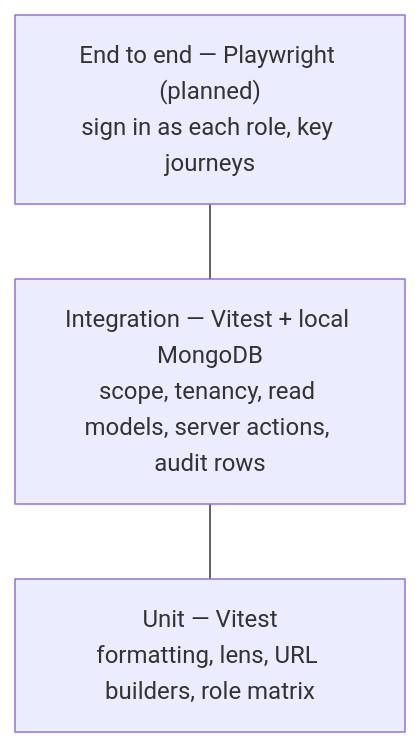
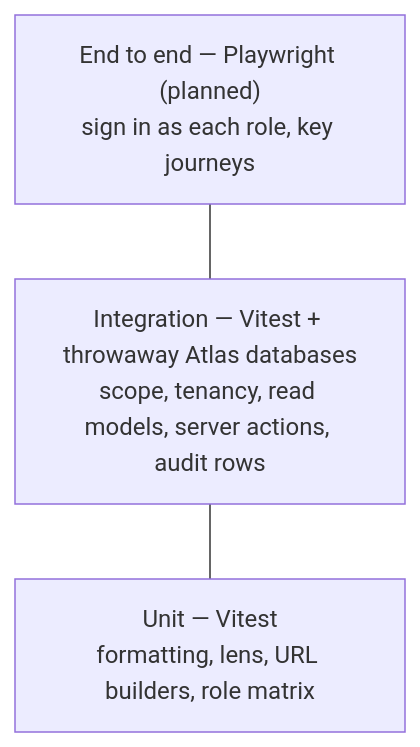
The diagram in docs/engineering/testing.md (sonishivam1/ambient-crm), drawn with Mermaid before and after one commit. The commit also changed other lines of this file and 10 other files, not shown here.

First line of the commit message:
test: run integration tests on the Atlas cluster instead of Docker

````diff
--- a/docs/engineering/testing.md
+++ b/docs/engineering/testing.md
@@ -16,7 +16,7 @@
 ```mermaid
 flowchart TB
   e2e["End to end — Playwright (planned)<br/>sign in as each role, key journeys"]
-  int["Integration — Vitest + local MongoDB<br/>scope, tenancy, read models, server actions, audit rows"]
+  int["Integration — Vitest + throwaway Atlas databases<br/>scope, tenancy, read models, server actions, audit rows"]
   unit["Unit — Vitest<br/>formatting, lens, URL builders, role matrix"]
   e2e --- int --- unit
 ```
````
